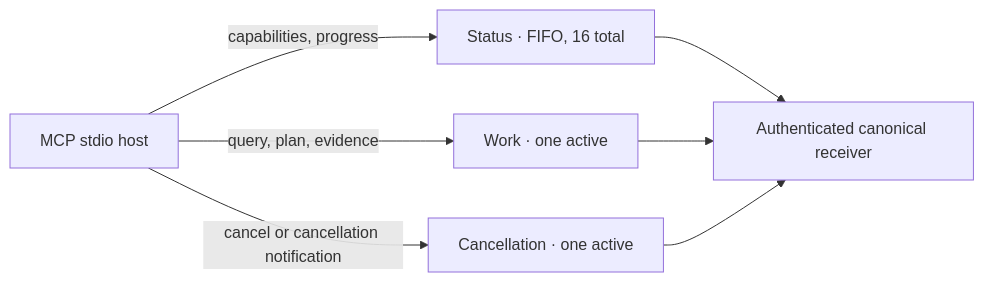
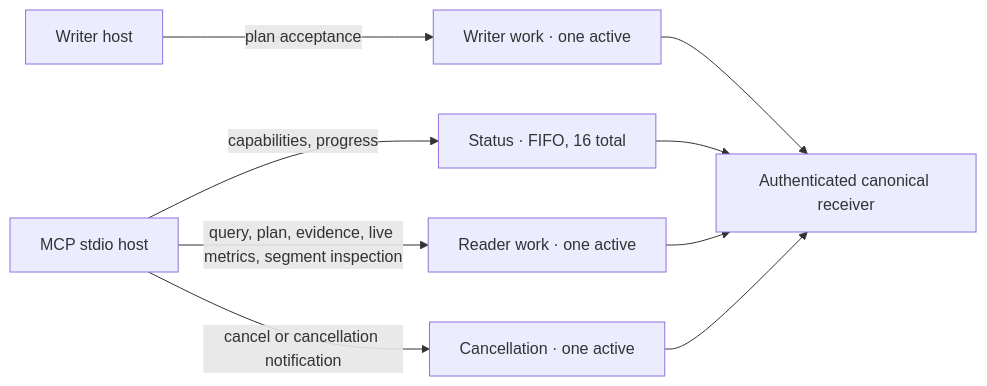
The second of 14 diagrams in docs/architecture.md (kmosoti/FabricO11y), drawn with Mermaid before and after one commit. The commit also changed other lines of this file and 3 other files, not shown here.

````diff
--- a/docs/architecture.md
+++ b/docs/architecture.md
@@ -95,10 +97,12 @@
 ```mermaid
 flowchart LR
     Host["MCP stdio host"]
     Host -->|"capabilities, progress"| Status["Status · FIFO, 16 total"]
-    Host -->|"query, plan, evidence"| Work["Work · one active"]
+    Host -->|"query, plan, evidence, live metrics, segment inspection"| Work["Reader work · one active"]
+    Writer["Writer host"] -->|"plan acceptance"| WriterWork["Writer work · one active"]
+    WriterWork --> Canonical
     Host -->|"cancel or cancellation notification"| Cancel["Cancellation · one active"]
     Status --> Canonical["Authenticated canonical receiver"]
     Work --> Canonical
     Cancel --> Canonical
 ```
````
